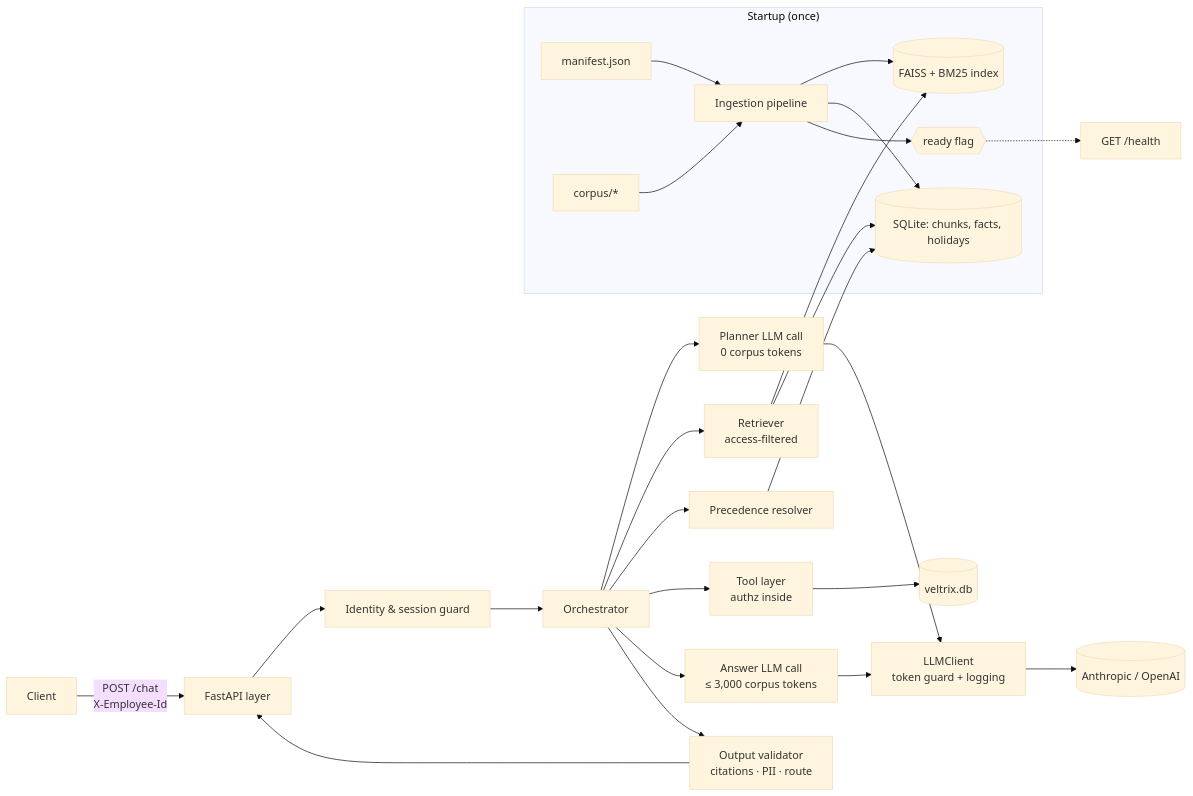
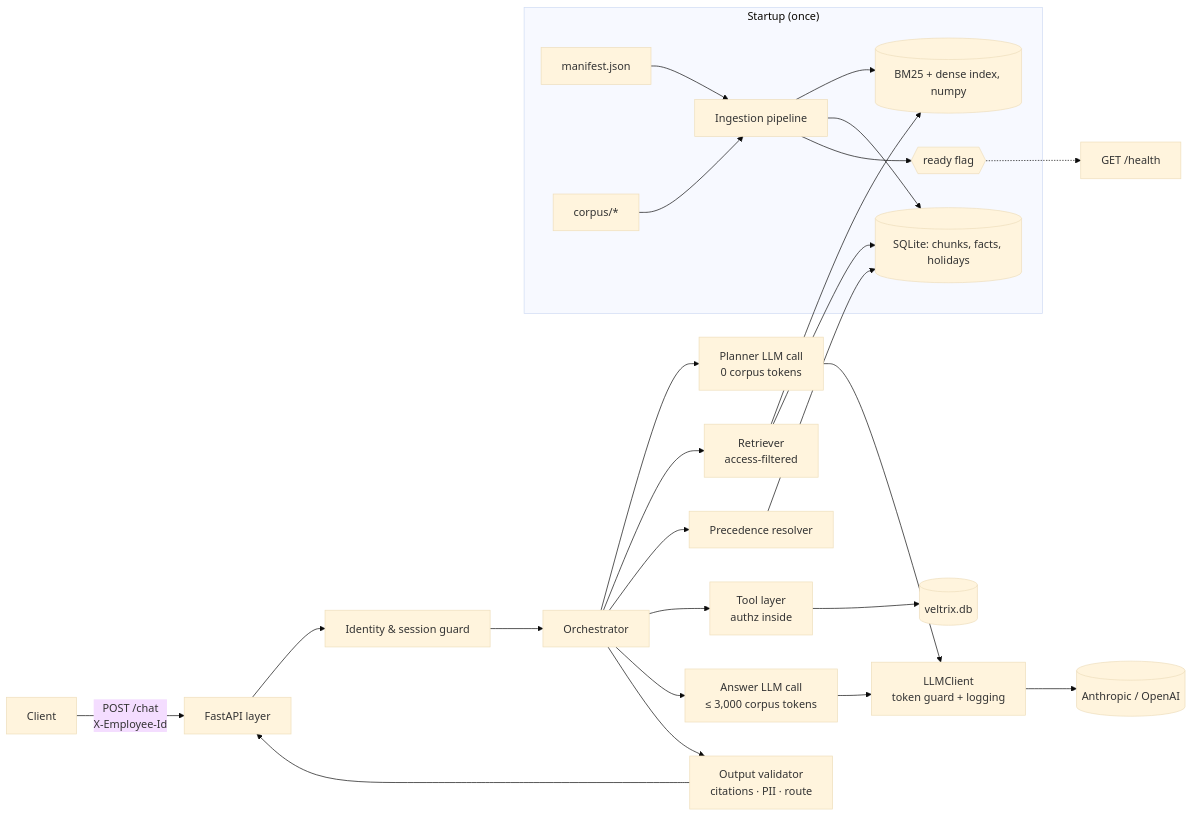
One commit to rocketrama/assessment changed the first of 6 diagrams in docs/ARCHITECTURE.md. Above: the diagram before and after it, drawn with Mermaid (base theme). The commit also changed other lines of this file and 22 other files, not shown here.

````diff
--- a/docs/ARCHITECTURE.md
+++ b/docs/ARCHITECTURE.md
@@ -23,28 +23,28 @@
 ```mermaid
 flowchart LR
     subgraph Startup["Startup (once)"]
         M[manifest.json] --> ING
         C[corpus/*] --> ING[Ingestion pipeline]
-        ING --> IDX[(FAISS + BM25 index)]
+        ING --> IDX[(BM25 + dense index, numpy)]
         ING --> KDB[(SQLite: chunks, facts, holidays)]
         ING --> READY{{ready flag}}
     end
 
     U[Client] -- "POST /chat\nX-Employee-Id" --> API[FastAPI layer]
     API --> ID[Identity & session guard]
     ID --> ORCH[Orchestrator]
     ORCH --> PLAN[Planner LLM call\n0 corpus tokens]
     ORCH --> RET[Retriever\naccess-filtered]
     ORCH --> RES[Precedence resolver]
     ORCH --> TOOLS[Tool layer\nauthz inside]
     ORCH --> ANS[Answer LLM call\n≤ 3,000 corpus tokens]
     ORCH --> VAL[Output validator\ncitations · PII · route]
     RET --> IDX
     RET --> KDB
     RES --> KDB
     TOOLS --> DB[(veltrix.db)]
     PLAN & ANS --> LLM[LLMClient\ntoken guard + logging]
     LLM --> P[(Anthropic / OpenAI)]
     VAL --> API
     READY -.-> H[GET /health]
 ```
````
